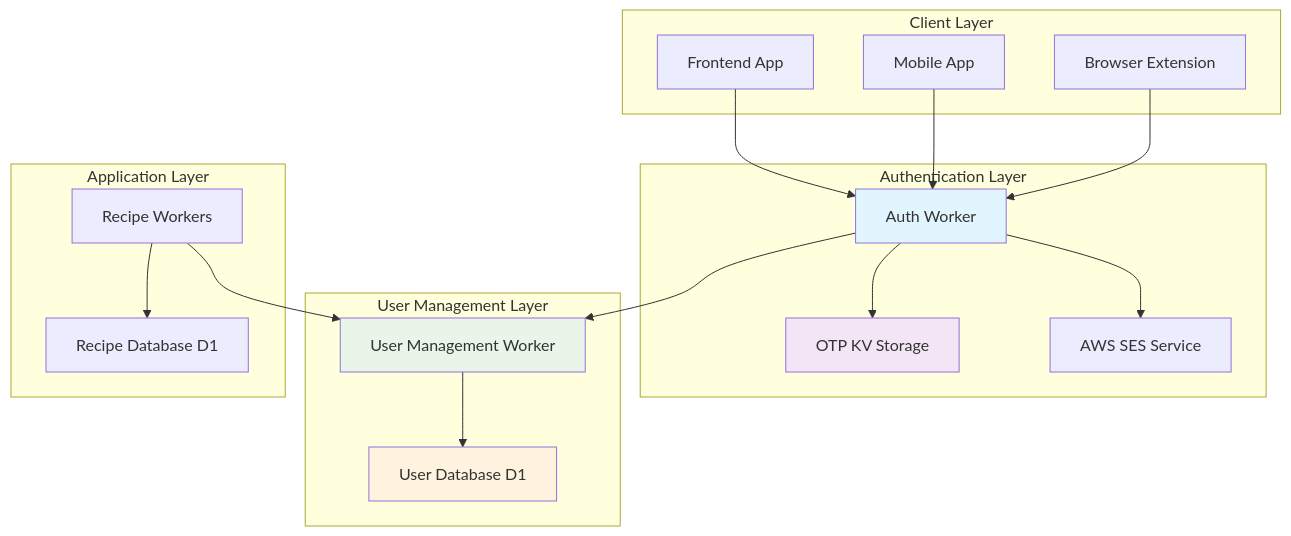
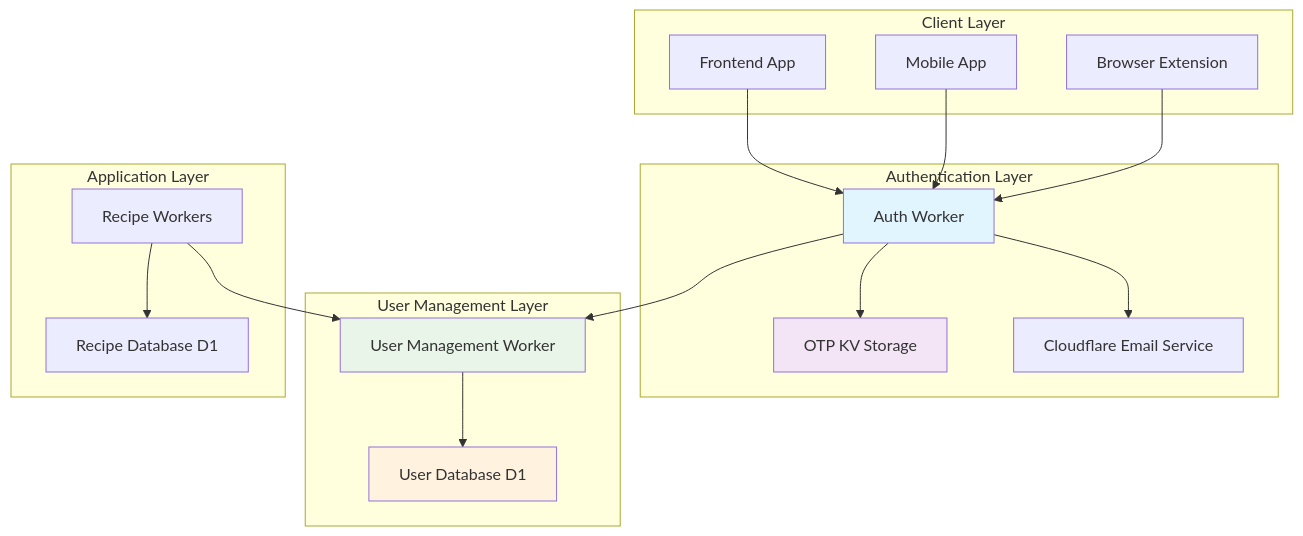
The first of 6 diagrams in auth-worker/ARCHITECTURE.md (NolanFoster/seasoned-app), drawn with Mermaid before and after one commit. The commit also changed other lines of this file and 20 other files, not shown here.

Commit message:
Migrate auth-worker email sending to Cloudflare send_email

````diff
--- a/auth-worker/ARCHITECTURE.md
+++ b/auth-worker/ARCHITECTURE.md
@@ -7,39 +7,39 @@
 ```mermaid
 graph TB
     subgraph "Client Layer"
         A[Frontend App]
         B[Mobile App]
         C[Browser Extension]
     end
     
     subgraph "Authentication Layer"
         D[Auth Worker]
         E[OTP KV Storage]
-        F[AWS SES Service]
+        F[Cloudflare Email Service]
     end
     
     subgraph "User Management Layer"
         G[User Management Worker]
         H[User Database D1]
     end
     
     subgraph "Application Layer"
         I[Recipe Workers]
         J[Recipe Database D1]
     end
     
     A --> D
     B --> D
     C --> D
     D --> E
     D --> F
     D --> G
     G --> H
     I --> G
     I --> J
     
     style D fill:#e1f5fe
     style E fill:#f3e5f5
     style G fill:#e8f5e8
     style H fill:#fff3e0
 ```
````
